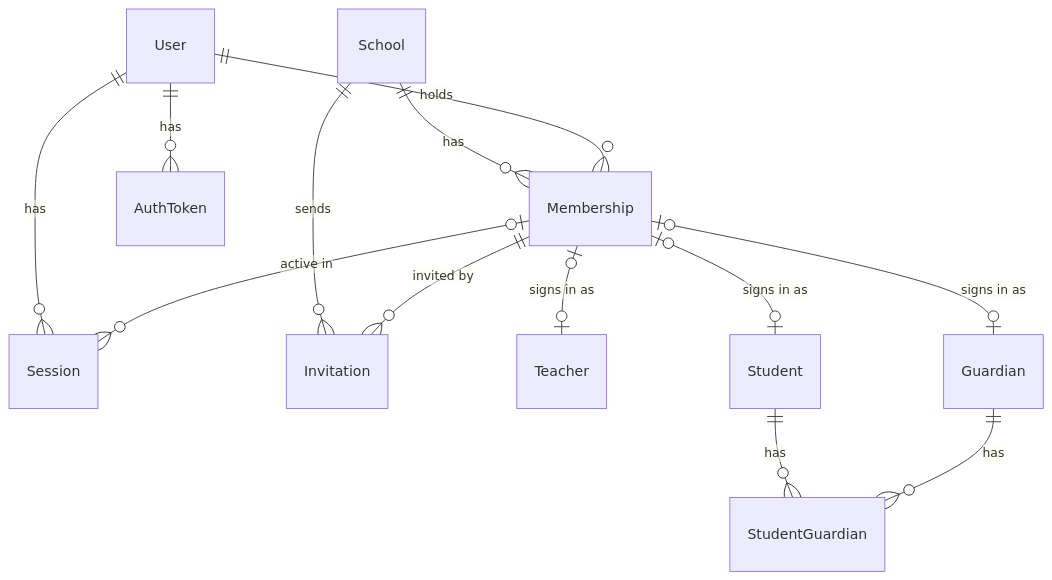
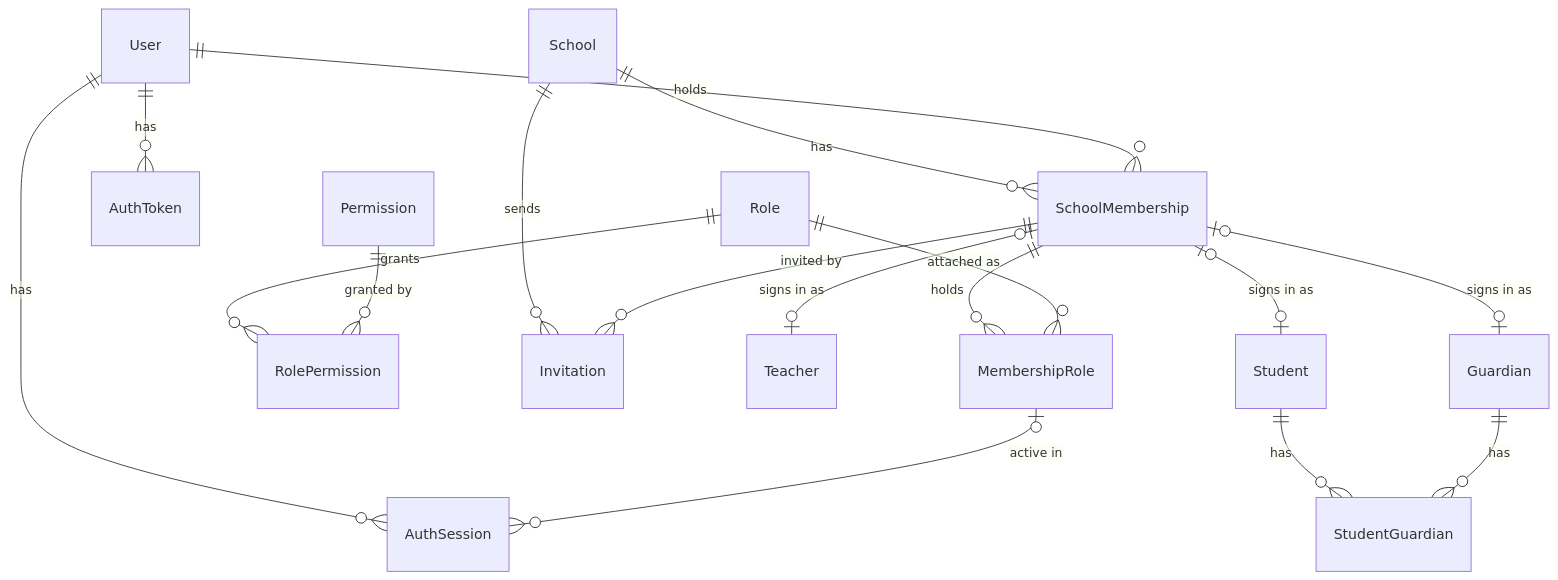
The first of 5 diagrams in docs/database-design.md (Hamzah-Owaidat/school-management-system), drawn with Mermaid before and after one commit. The commit also changed other lines of this file and 17 other files, not shown here.

````diff
--- a/docs/database-design.md
+++ b/docs/database-design.md
@@ -96,15 +100,19 @@
 ```mermaid
 erDiagram
-  School ||--o{ Membership : has
-  User ||--o{ Membership : holds
-  User ||--o{ Session : has
+  School ||--o{ SchoolMembership : has
+  User ||--o{ SchoolMembership : holds
+  User ||--o{ AuthSession : has
   User ||--o{ AuthToken : has
-  Membership |o--o{ Session : "active in"
+  SchoolMembership ||--o{ MembershipRole : holds
+  Role ||--o{ MembershipRole : "attached as"
+  Role ||--o{ RolePermission : grants
+  Permission ||--o{ RolePermission : "granted by"
+  MembershipRole |o--o{ AuthSession : "active in"
   School ||--o{ Invitation : sends
-  Membership ||--o{ Invitation : "invited by"
-  Membership |o--o| Teacher : "signs in as"
-  Membership |o--o| Student : "signs in as"
-  Membership |o--o| Guardian : "signs in as"
+  SchoolMembership ||--o{ Invitation : "invited by"
+  SchoolMembership |o--o| Teacher : "signs in as"
+  SchoolMembership |o--o| Student : "signs in as"
+  SchoolMembership |o--o| Guardian : "signs in as"
   Student ||--o{ StudentGuardian : has
   Guardian ||--o{ StudentGuardian : has
 ```
````
